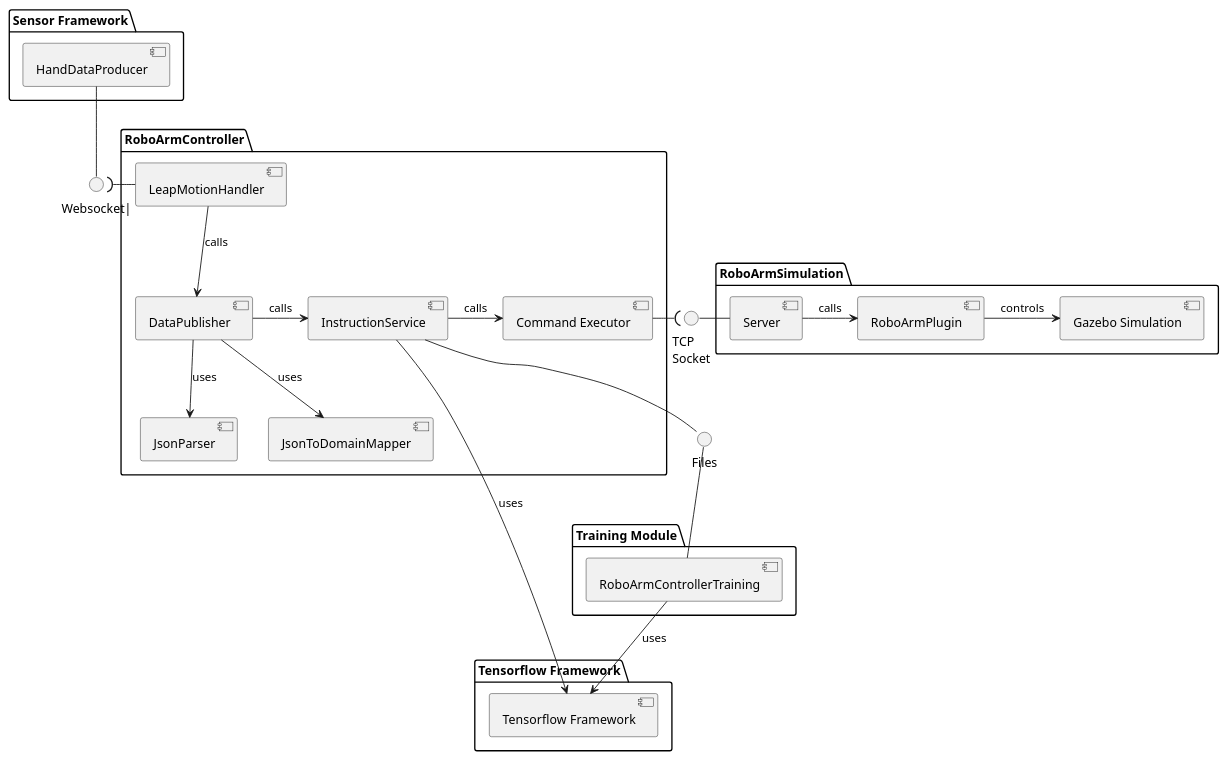
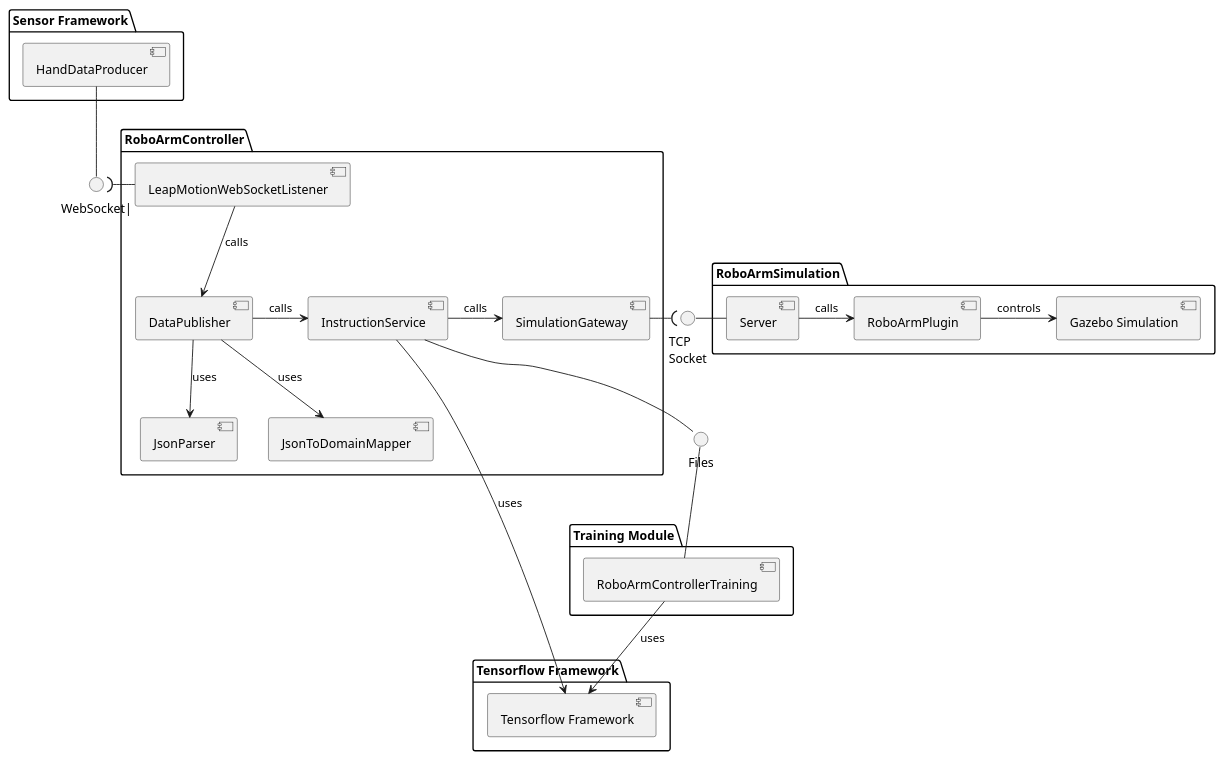
Before and after one commit to ellerenad/RoboArmController: the diagram in src/architecture/components/components.puml, drawn with PlantUML. The commit also changed 6 other files, not shown here.

```diff
--- a/src/architecture/components/components.puml
+++ b/src/architecture/components/components.puml
@@ -1,58 +1,58 @@
 @startuml
 
 package "Sensor Framework" {
     component "HandDataProducer" as HandDataProducer
 }
 
-interface "Websocket|" as WebsocketServer
-HandDataProducer -- WebsocketServer
+interface "WebSocket|" as WebSocketServer
+HandDataProducer -- WebSocketServer
 
 package "RoboArmController" {
-    component "LeapMotionHandler" as WebSocketClient
+    component "LeapMotionWebSocketListener" as WebSocketClient
     component "DataPublisher" as DataPublisher
     component "JsonParser" as Parser
     component "JsonToDomainMapper" as Mapper
     component "InstructionService" as InstructionService
-    component "Command Executor" as CommandExecutor
+    component "SimulationGateway" as SimulationGateway
 
-    WebsocketServer )- WebSocketClient
+    WebSocketServer )- WebSocketClient
     WebSocketClient --> DataPublisher: calls
     DataPublisher --> Parser: uses
     DataPublisher --> Mapper: uses
     DataPublisher -> InstructionService: calls
-    InstructionService -> CommandExecutor: calls
+    InstructionService -> SimulationGateway: calls
 }
 
 interface "TCP\nSocket" as SocketServer
-CommandExecutor -( SocketServer
+SimulationGateway -( SocketServer
 
 package "Tensorflow Framework" {
     component "Tensorflow Framework" as MLFramework
     InstructionService ----> MLFramework: uses
 
 }
 
 package "Training Module" {
     component "RoboArmControllerTraining" as ModelGenerator
     ModelGenerator -> MLFramework: uses
 }
 
 interface "Files" as Files
 
 Files -- ModelGenerator
 InstructionService -- Files
 
 
 package RoboArmSimulation {
     component "Server" as InstructionServer
     component "Gazebo Simulation" as Simulation
     component "RoboArmPlugin" as ControllerPlugin
 
     InstructionServer -> ControllerPlugin: calls
     ControllerPlugin -> Simulation: controls
     SocketServer - InstructionServer
 }
 
 
 
 @enduml
```
